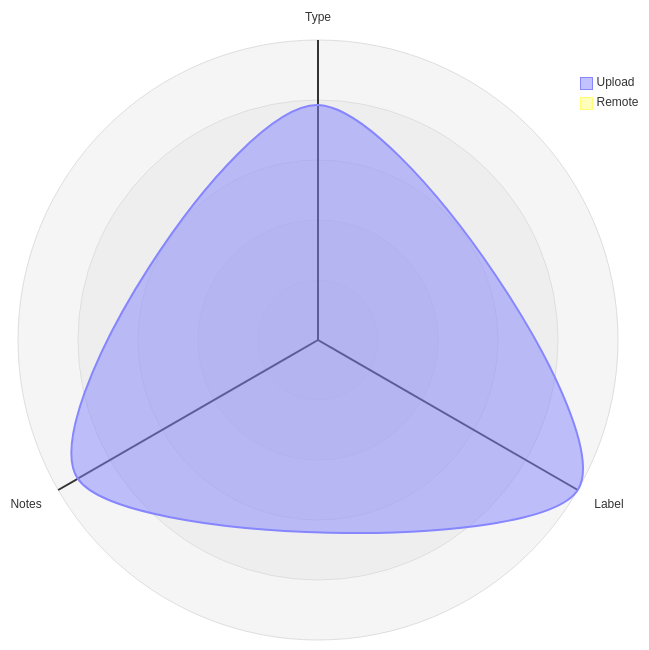
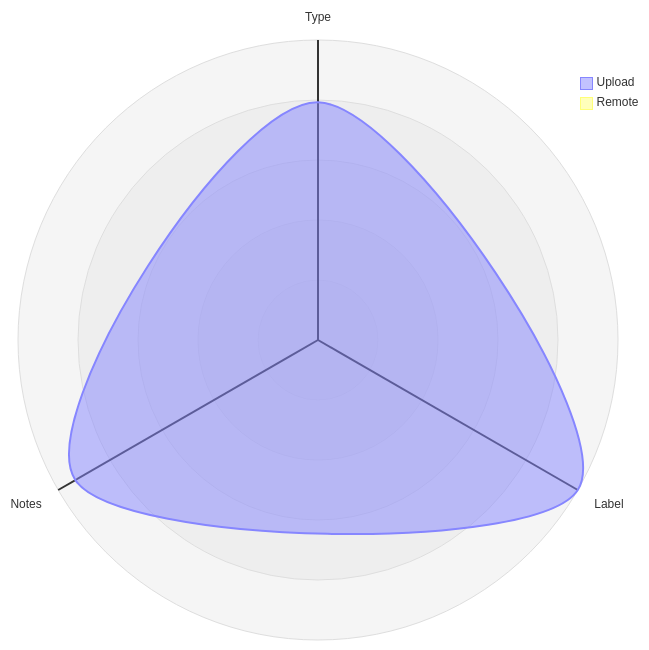
The third of 5 diagrams in datastore_tracker/README.md (open-data/analytics-corporate-reporting), drawn with Mermaid before and after one commit. The commit also changed other lines of this file and 9 other files, not shown here.

````diff
--- a/datastore_tracker/README.md
+++ b/datastore_tracker/README.md
@@ -107,12 +107,12 @@
 ```mermaid
 radar-beta
   axis T["Type"], L["Label"], N["Notes"]
-  curve u["Upload"]{0.00083, 0.00106, 0.00098}
+  curve u["Upload"]{0.00084, 0.00106, 0.00099}
   curve r["Remote"]{0, 0, 0}
 
   showLegend true
 
   min 0
   graticule circle
   ticks 5
 ```
````
